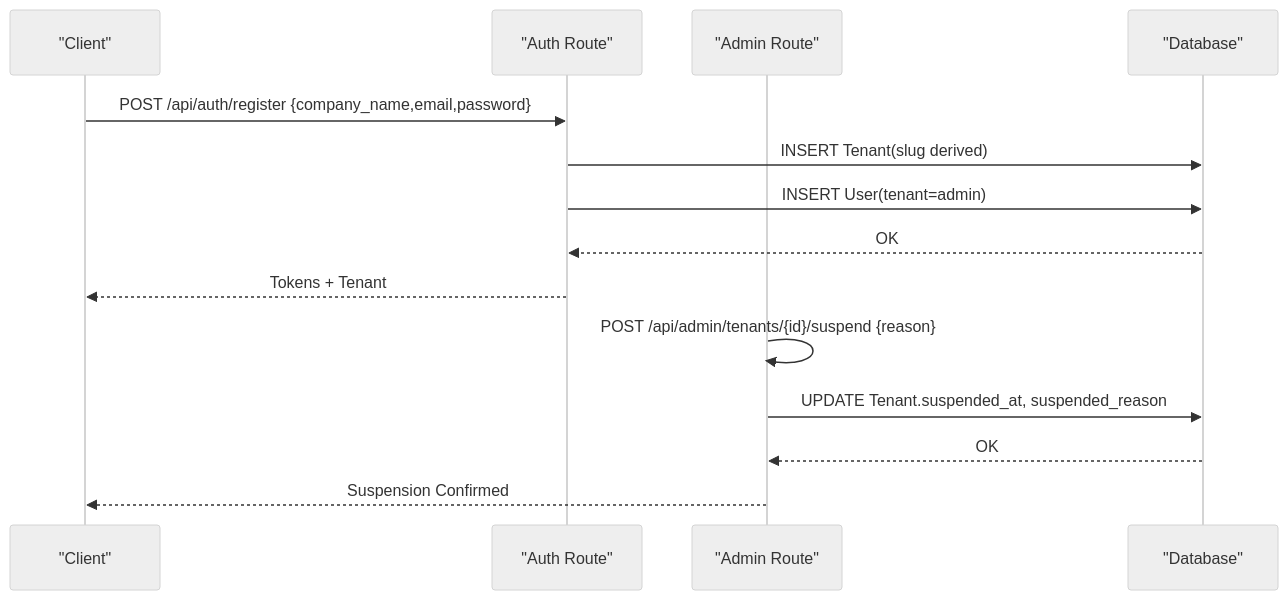
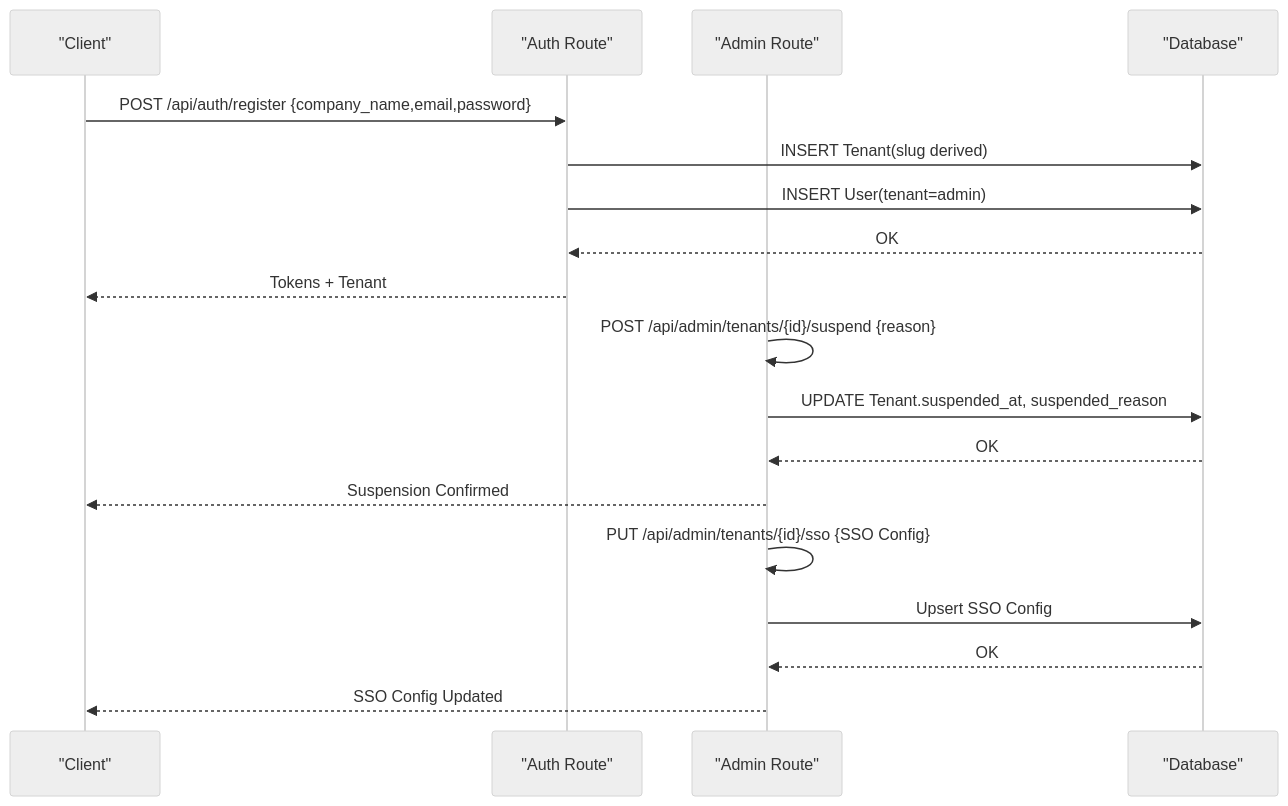
Diagram 18 of 22 in .qoder/repowiki/en/content/Multi-Tenant System/Multi-Tenant System.md (Revanththetalogics/aireume), drawn with Mermaid (neutral theme) before and after one commit. The commit also changed other lines of this file and 14 other files, not shown here.

````diff
--- a/.qoder/repowiki/en/content/Multi-Tenant System/Multi-Tenant System.md
+++ b/.qoder/repowiki/en/content/Multi-Tenant System/Multi-Tenant System.md
@@ -497,16 +1154,20 @@
 ```mermaid
 sequenceDiagram
 participant Client as "Client"
 participant Auth as "Auth Route"
 participant Admin as "Admin Route"
 participant DB as "Database"
 Client->>Auth : POST /api/auth/register {company_name,email,password}
 Auth->>DB : INSERT Tenant(slug derived)
 Auth->>DB : INSERT User(tenant=admin)
 DB-->>Auth : OK
 Auth-->>Client : Tokens + Tenant
 Admin->>Admin : POST /api/admin/tenants/{id}/suspend {reason}
 Admin->>DB : UPDATE Tenant.suspended_at, suspended_reason
 DB-->>Admin : OK
 Admin-->>Client : Suspension Confirmed
+Admin->>Admin : PUT /api/admin/tenants/{id}/sso {SSO Config}
+Admin->>DB : Upsert SSO Config
+DB-->>Admin : OK
+Admin-->>Client : SSO Config Updated
 ```
````
